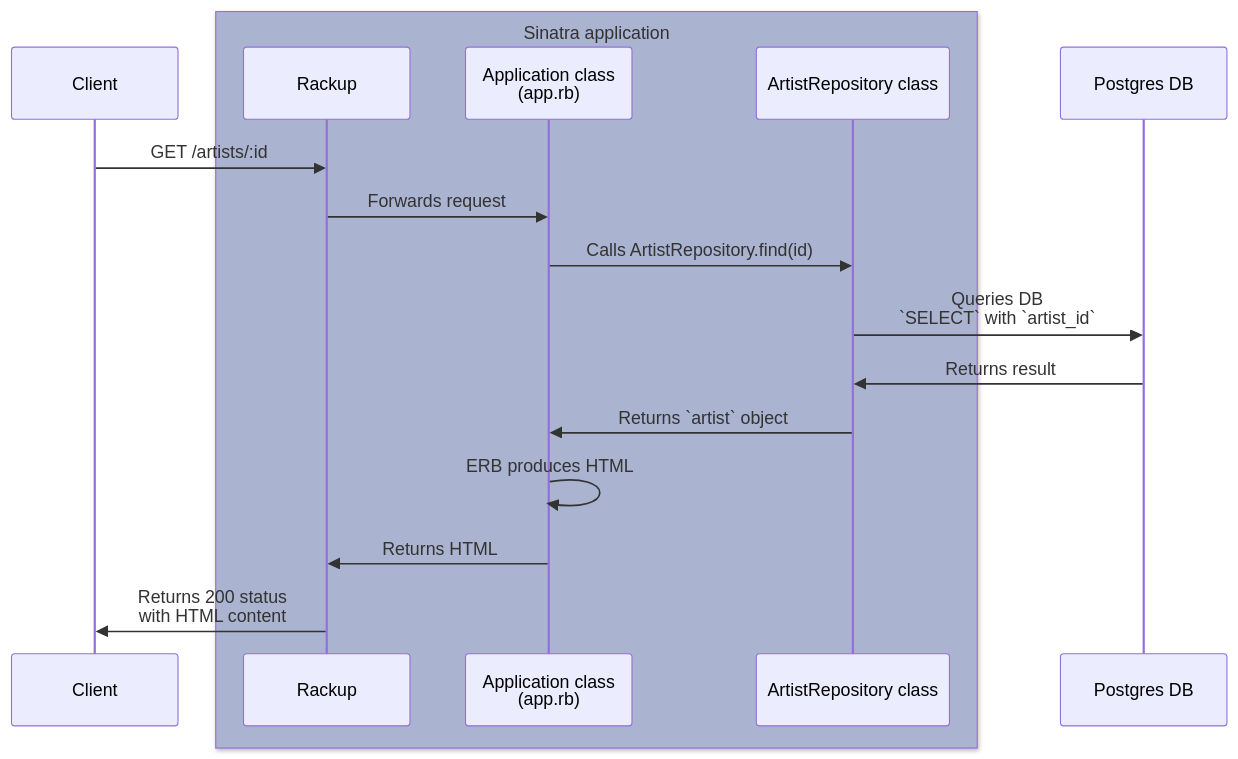
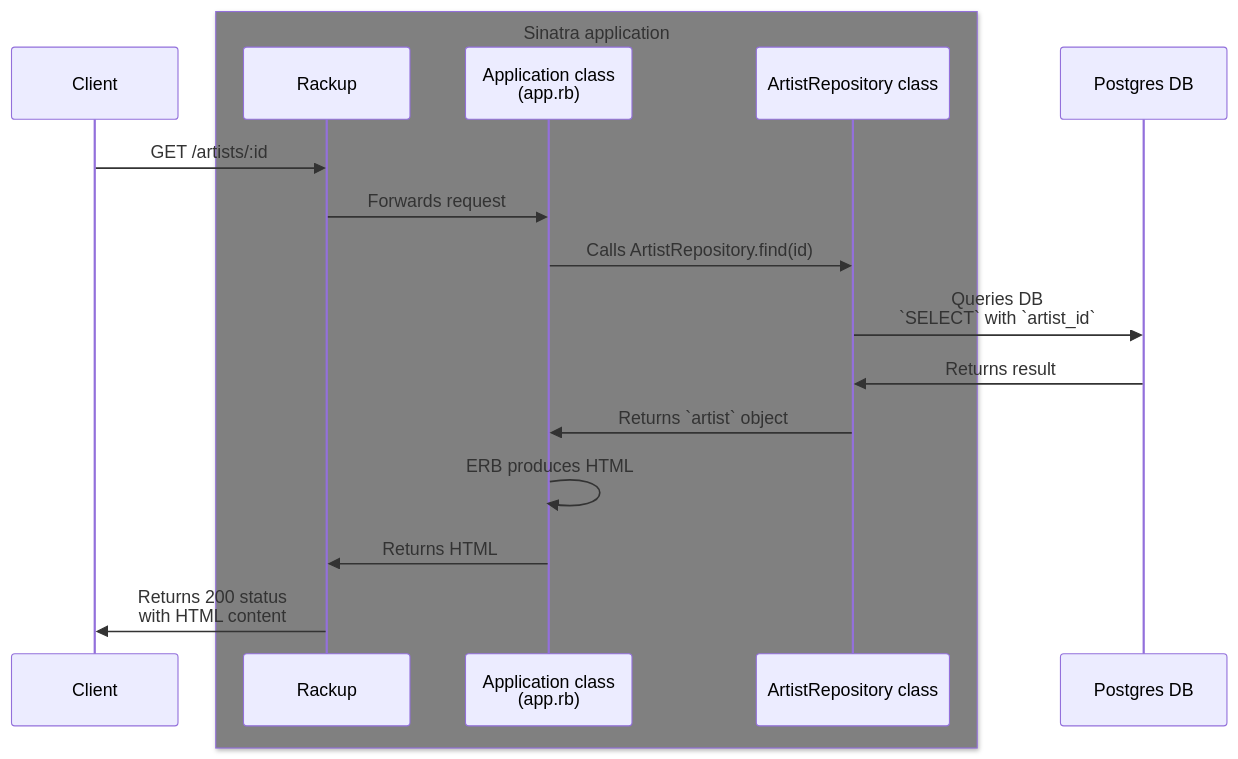
The diagram in 2-sinatra/music_library_database_app/challenge_sequence_diagram.md (snptrs/bootcamp-web-applications), drawn with Mermaid before and after one commit.

````diff
--- a/2-sinatra/music_library_database_app/challenge_sequence_diagram.md
+++ b/2-sinatra/music_library_database_app/challenge_sequence_diagram.md
@@ -1,21 +1,21 @@
 ```mermaid
 sequenceDiagram
 participant c as Client
-box rgb(170, 179, 207) Sinatra application
+box Gray Sinatra application
     participant rack as Rackup
     participant app as Application class<br />(app.rb)
     participant repo as ArtistRepository class
 end
 participant db as Postgres DB
 
 c->>rack: GET /artists/:id
 rack->>app: Forwards request
 app->>repo: Calls ArtistRepository.find(id)
 repo->>db: Queries DB<br /> `SELECT` with `artist_id`
 db->>repo: Returns result
 repo->>app: Returns `artist` object
 app->>app: ERB produces HTML
 app->>rack: Returns HTML
 rack->>c: Returns 200 status<br />with HTML content
 
 ```
````
